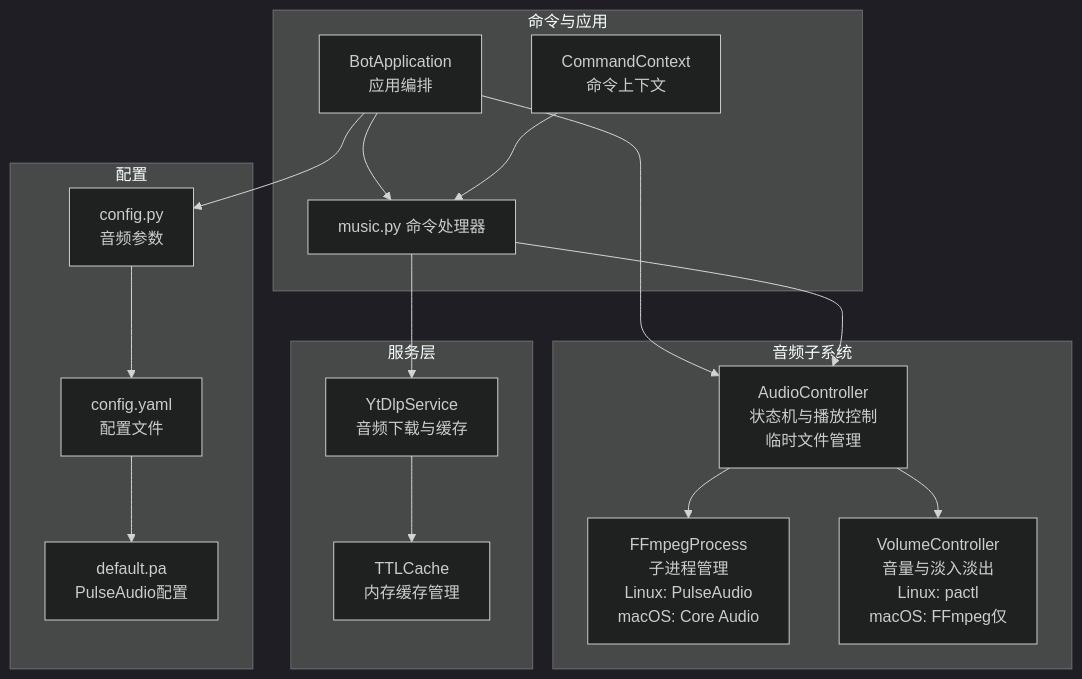
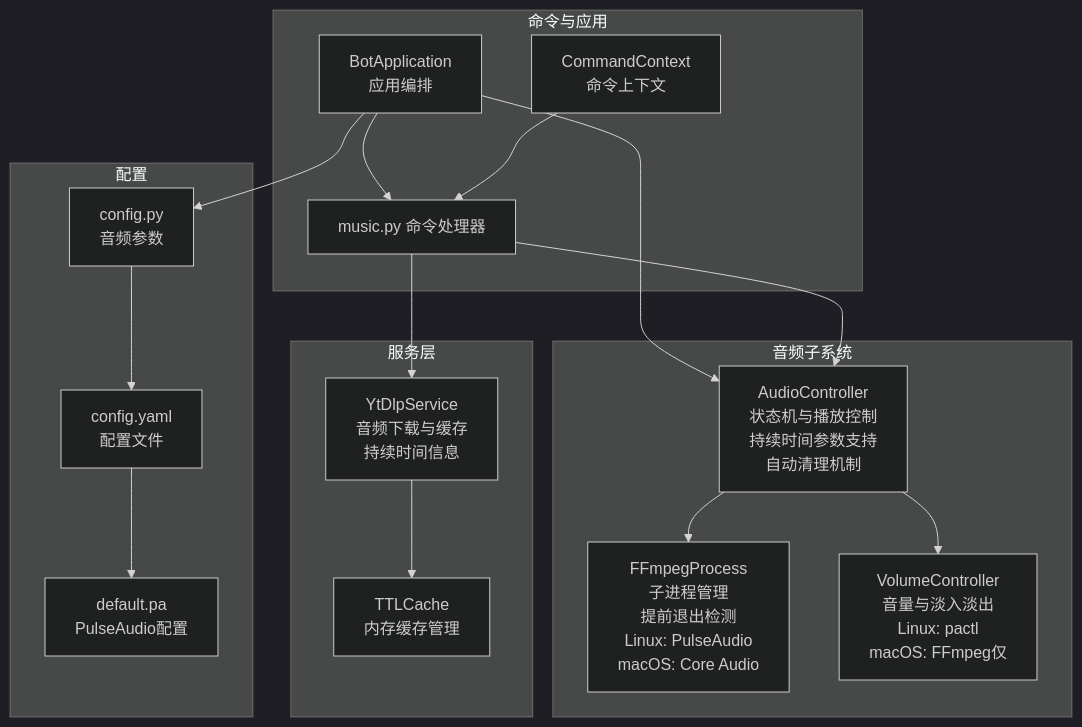
The first of 9 diagrams in .qoder/repowiki/zh/content/音乐播放系统/音频控制器.md (GhoulOwl/Teamspeak3_Bot), drawn with Mermaid (dark theme) before and after one commit. The commit also changed other lines of this file and 7 other files, not shown here.

````diff
--- a/.qoder/repowiki/zh/content/音乐播放系统/音频控制器.md
+++ b/.qoder/repowiki/zh/content/音乐播放系统/音频控制器.md
@@ -59,33 +58,33 @@
 ```mermaid
 graph TB
 subgraph "音频子系统"
-AC["AudioController<br/>状态机与播放控制<br/>临时文件管理"]
-FFM["FFmpegProcess<br/>子进程管理<br/>Linux: PulseAudio<br/>macOS: Core Audio"]
+AC["AudioController<br/>状态机与播放控制<br/>持续时间参数支持<br/>自动清理机制"]
+FFM["FFmpegProcess<br/>子进程管理<br/>提前退出检测<br/>Linux: PulseAudio<br/>macOS: Core Audio"]
 VOL["VolumeController<br/>音量与淡入淡出<br/>Linux: pactl<br/>macOS: FFmpeg仅"]
 end
 subgraph "命令与应用"
 APP["BotApplication<br/>应用编排"]
 CMD["music.py 命令处理器"]
 CTX["CommandContext<br/>命令上下文"]
 end
 subgraph "服务层"
-YTDL["YtDlpService<br/>音频下载与缓存"]
+YTDL["YtDlpService<br/>音频下载与缓存<br/>持续时间信息"]
 CACHE["TTLCache<br/>内存缓存管理"]
 end
 subgraph "配置"
 CFG["config.py<br/>音频参数"]
 YAML["config.yaml<br/>配置文件"]
 PA["default.pa<br/>PulseAudio配置"]
 end
 AC --> FFM
 AC --> VOL
 APP --> AC
 APP --> CMD
 CMD --> AC
 CMD --> YTDL
 YTDL --> CACHE
 CTX --> CMD
 APP --> CFG
 CFG --> YAML
 YAML --> PA
 ```
````
